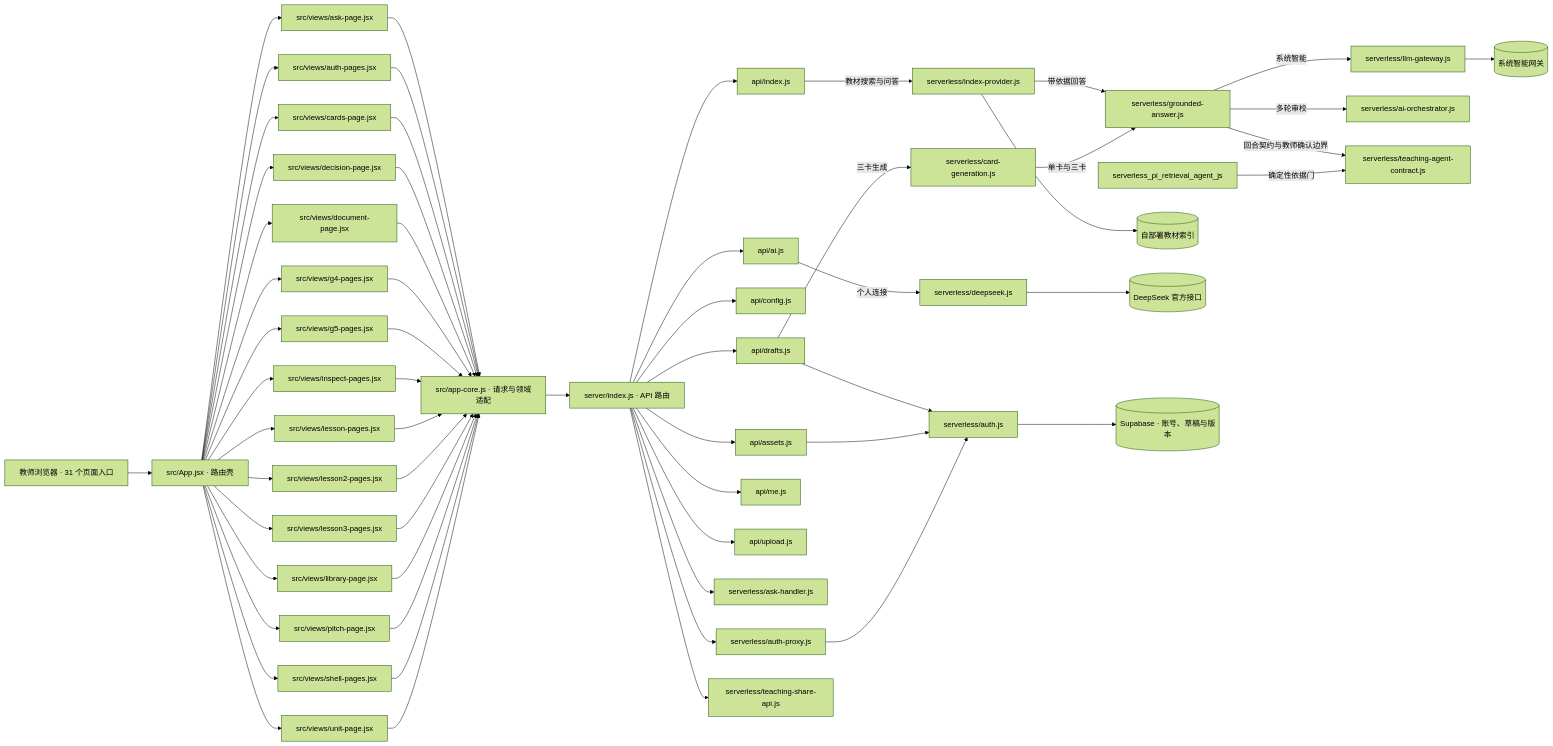
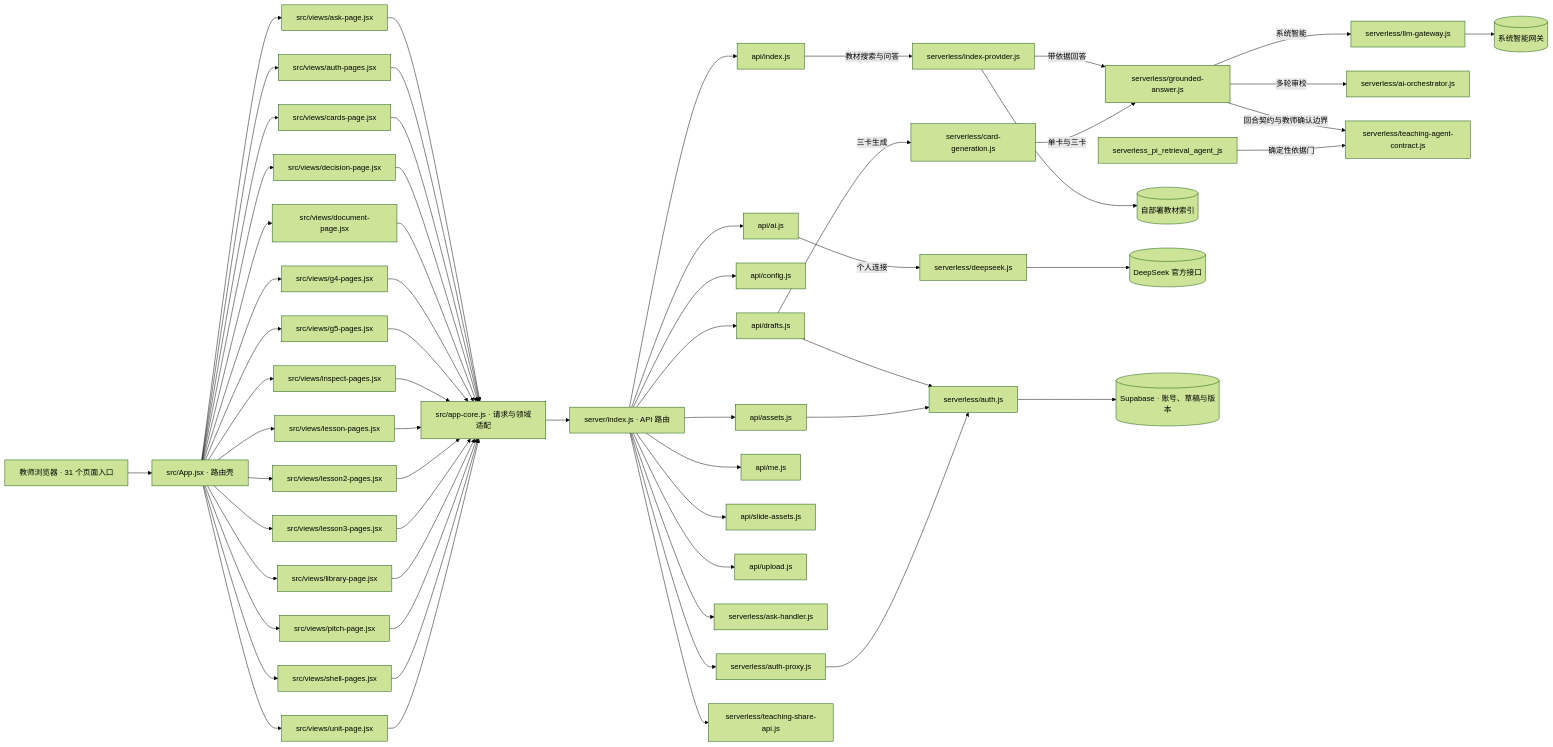
Before and after one commit to LeslieWylie/huojiaocan: the diagram in docs/代码架构图.generated.md, drawn with Mermaid (forest theme). The commit also changed other lines of this file and 13 other files, not shown here.

Commit message:
feat: persist slide assets and export editable pptx

````diff
--- a/docs/代码架构图.generated.md
+++ b/docs/代码架构图.generated.md
@@ -8,61 +8,62 @@
 ```mermaid
 flowchart LR
   Browser["教师浏览器 · 31 个页面入口"] --> App["src/App.jsx · 路由壳"]
   App --> src_views_ask_page_jsx["src/views/ask-page.jsx"]
   App --> src_views_auth_pages_jsx["src/views/auth-pages.jsx"]
   App --> src_views_cards_page_jsx["src/views/cards-page.jsx"]
   App --> src_views_decision_page_jsx["src/views/decision-page.jsx"]
   App --> src_views_document_page_jsx["src/views/document-page.jsx"]
   App --> src_views_g4_pages_jsx["src/views/g4-pages.jsx"]
   App --> src_views_g5_pages_jsx["src/views/g5-pages.jsx"]
   App --> src_views_inspect_pages_jsx["src/views/inspect-pages.jsx"]
   App --> src_views_lesson_pages_jsx["src/views/lesson-pages.jsx"]
   App --> src_views_lesson2_pages_jsx["src/views/lesson2-pages.jsx"]
   App --> src_views_lesson3_pages_jsx["src/views/lesson3-pages.jsx"]
   App --> src_views_library_page_jsx["src/views/library-page.jsx"]
   App --> src_views_pitch_page_jsx["src/views/pitch-page.jsx"]
   App --> src_views_shell_pages_jsx["src/views/shell-pages.jsx"]
   App --> src_views_unit_page_jsx["src/views/unit-page.jsx"]
   src_views_ask_page_jsx --> Core["src/app-core.js · 请求与领域适配"]
   src_views_auth_pages_jsx --> Core["src/app-core.js · 请求与领域适配"]
   src_views_cards_page_jsx --> Core["src/app-core.js · 请求与领域适配"]
   src_views_decision_page_jsx --> Core["src/app-core.js · 请求与领域适配"]
   src_views_document_page_jsx --> Core["src/app-core.js · 请求与领域适配"]
   src_views_g4_pages_jsx --> Core["src/app-core.js · 请求与领域适配"]
   src_views_g5_pages_jsx --> Core["src/app-core.js · 请求与领域适配"]
   src_views_inspect_pages_jsx --> Core["src/app-core.js · 请求与领域适配"]
   src_views_lesson_pages_jsx --> Core["src/app-core.js · 请求与领域适配"]
   src_views_lesson2_pages_jsx --> Core["src/app-core.js · 请求与领域适配"]
   src_views_lesson3_pages_jsx --> Core["src/app-core.js · 请求与领域适配"]
   src_views_library_page_jsx --> Core["src/app-core.js · 请求与领域适配"]
   src_views_pitch_page_jsx --> Core["src/app-core.js · 请求与领域适配"]
   src_views_shell_pages_jsx --> Core["src/app-core.js · 请求与领域适配"]
   src_views_unit_page_jsx --> Core["src/app-core.js · 请求与领域适配"]
   Core --> Server["server/index.js · API 路由"]
   Server --> api_ai_js["api/ai.js"]
   Server --> api_assets_js["api/assets.js"]
   Server --> api_config_js["api/config.js"]
   Server --> api_drafts_js["api/drafts.js"]
   Server --> api_index_js["api/index.js"]
   Server --> api_me_js["api/me.js"]
+  Server --> api_slide_assets_js["api/slide-assets.js"]
   Server --> api_upload_js["api/upload.js"]
   Server --> serverless_ask_handler_js["serverless/ask-handler.js"]
   Server --> serverless_auth_proxy_js["serverless/auth-proxy.js"]
   Server --> serverless_teaching_share_api_js["serverless/teaching-share-api.js"]
   api_index_js -->|教材搜索与问答| serverless_index_provider_js["serverless/index-provider.js"]
   api_drafts_js -->|三卡生成| serverless_card_generation_js["serverless/card-generation.js"]
   serverless_index_provider_js -->|带依据回答| serverless_grounded_answer_js["serverless/grounded-answer.js"]
   serverless_card_generation_js -->|单卡与三卡| serverless_grounded_answer_js["serverless/grounded-answer.js"]
   api_ai_js -->|个人连接| serverless_deepseek_js["serverless/deepseek.js"]
   serverless_grounded_answer_js -->|系统智能| serverless_llm_gateway_js["serverless/llm-gateway.js"]
   serverless_grounded_answer_js -->|多轮审校| serverless_ai_orchestrator_js["serverless/ai-orchestrator.js"]
   serverless_grounded_answer_js -->|回合契约与教师确认边界| serverless_teaching_agent_contract_js["serverless/teaching-agent-contract.js"]
   serverless_pi_retrieval_agent_js -->|确定性依据门| serverless_teaching_agent_contract_js["serverless/teaching-agent-contract.js"]
   serverless_index_provider_js --> PageIndex[("自部署教材索引")]
   serverless_deepseek_js --> DeepSeek[("DeepSeek 官方接口")]
   serverless_llm_gateway_js --> Gateway[("系统智能网关")]
   serverless_auth_js --> Supabase[("Supabase · 账号、草稿与版本")]
   api_drafts_js --> serverless_auth_js["serverless/auth.js"]
   api_assets_js --> serverless_auth_js["serverless/auth.js"]
   serverless_auth_proxy_js --> serverless_auth_js["serverless/auth.js"]
 ```
````
